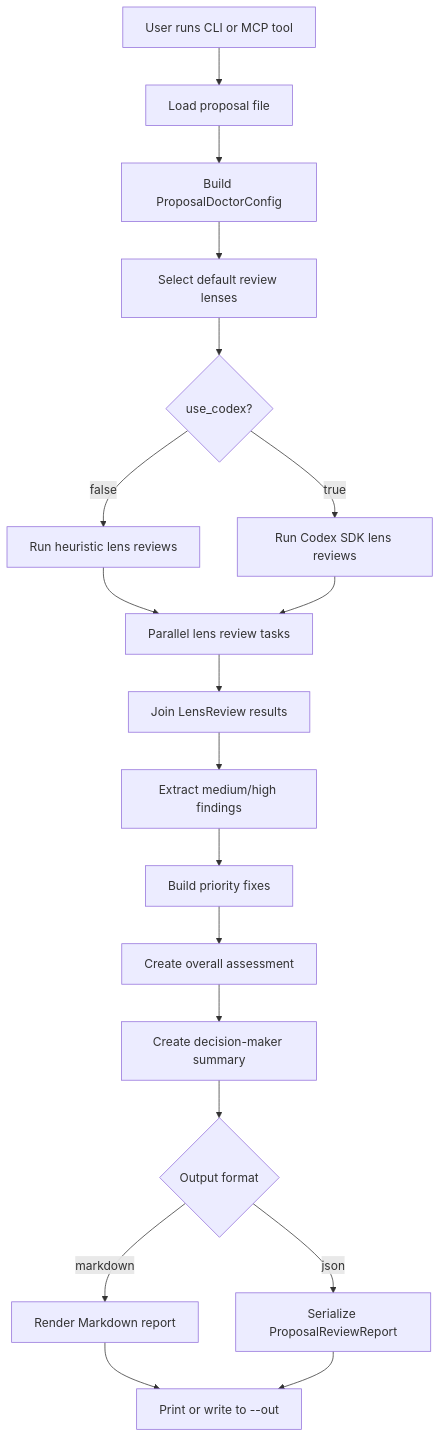
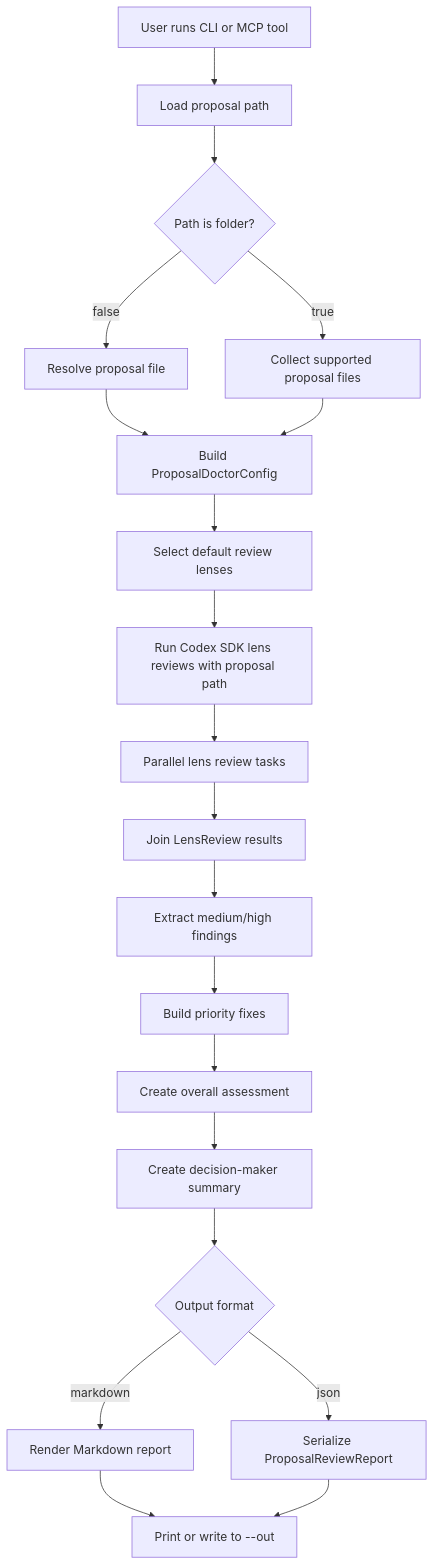
The first of 2 diagrams in docs/SPEC.md (koizumikento/proposal-doctor), drawn with Mermaid before and after one commit. The commit also changed other lines of this file and 12 other files, not shown here.

Commit message:
Refine proposal review orchestration and reporting

````diff
--- a/docs/SPEC.md
+++ b/docs/SPEC.md
@@ -80,26 +106,25 @@
 ```mermaid
 flowchart TD
-    A["User runs CLI or MCP tool"] --> B["Load proposal file"]
-    B --> C["Build ProposalDoctorConfig"]
+    A["User runs CLI or MCP tool"] --> B["Load proposal path"]
+    B --> B2{"Path is folder?"}
+    B2 -- "false" --> B3["Resolve proposal file"]
+    B2 -- "true" --> B4["Collect supported proposal files"]
+    B3 --> C["Build ProposalDoctorConfig"]
+    B4 --> C
     C --> D["Select default review lenses"]
-    D --> E{"use_codex?"}
-
-    E -- "false" --> F["Run heuristic lens reviews"]
-    E -- "true" --> G["Run Codex SDK lens reviews"]
-
-    F --> H["Parallel lens review tasks"]
-    G --> H
+    D --> G["Run Codex SDK lens reviews with proposal path"]
+    G --> H["Parallel lens review tasks"]
 
     H --> I["Join LensReview results"]
     I --> J["Extract medium/high findings"]
     J --> K["Build priority fixes"]
     K --> L["Create overall assessment"]
     L --> M["Create decision-maker summary"]
     M --> N{"Output format"}
 
     N -- "markdown" --> O["Render Markdown report"]
     N -- "json" --> P["Serialize ProposalReviewReport"]
 
     O --> Q["Print or write to --out"]
     P --> Q
 ```
````
